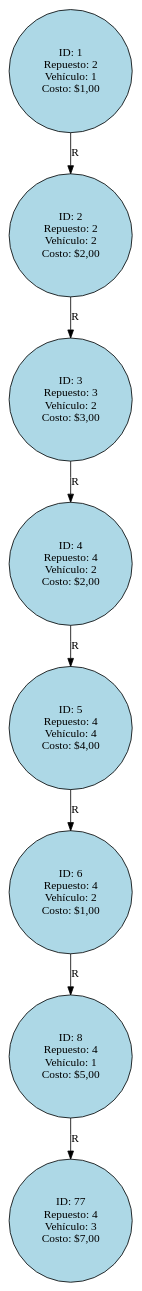
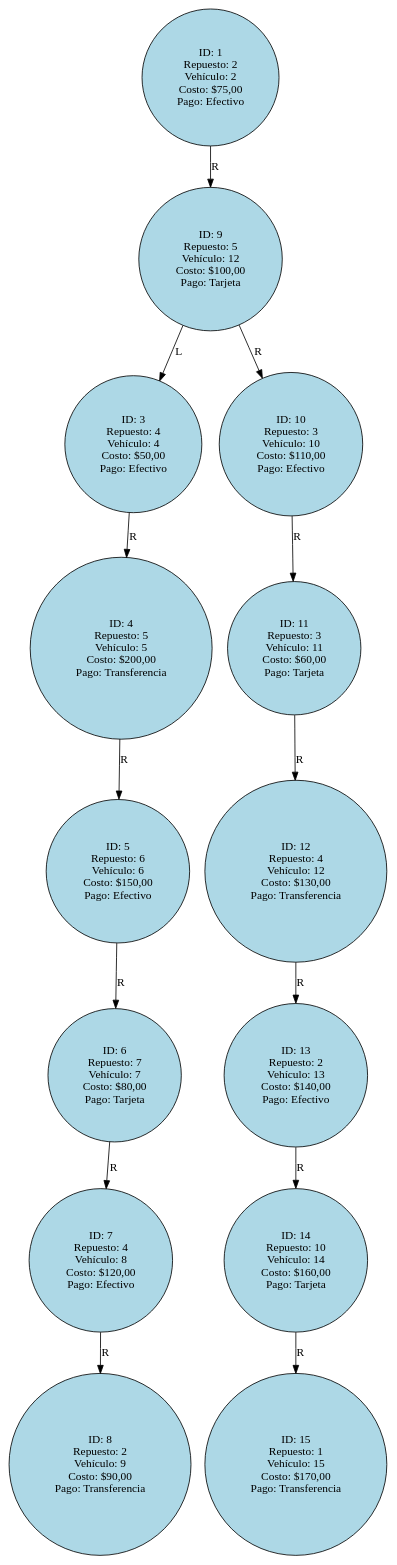
The diagram in FASE#3/AutoGest/reports/Servicios.dot (EstebanTrampe01/-EDD-1S2025_202300431), drawn with Graphviz before and after one commit. The commit also changed 71 other files, not shown here.

```diff
--- a/FASE#3/AutoGest/reports/Servicios.dot
+++ b/FASE#3/AutoGest/reports/Servicios.dot
@@ -1,19 +1,31 @@
 digraph G {
 node [shape=circle, style=filled, fillcolor=lightblue];
 rankdir=TB;
-node1 [label="ID: 1\nRepuesto: 2\nVehículo: 1\nCosto: $1,00"];
-node2 [label="ID: 2\nRepuesto: 2\nVehículo: 2\nCosto: $2,00"];
-node3 [label="ID: 3\nRepuesto: 3\nVehículo: 2\nCosto: $3,00"];
-node4 [label="ID: 4\nRepuesto: 4\nVehículo: 2\nCosto: $2,00"];
-node5 [label="ID: 5\nRepuesto: 4\nVehículo: 4\nCosto: $4,00"];
-node6 [label="ID: 6\nRepuesto: 4\nVehículo: 2\nCosto: $1,00"];
-node8 [label="ID: 8\nRepuesto: 4\nVehículo: 1\nCosto: $5,00"];
-node77 [label="ID: 77\nRepuesto: 4\nVehículo: 3\nCosto: $7,00"];
-node1 -> node2 [label="R"];
-node2 -> node3 [label="R"];
+node1 [label="ID: 1\nRepuesto: 2\nVehículo: 2\nCosto: $75,00\nPago: Efectivo"];
+node9 [label="ID: 9\nRepuesto: 5\nVehículo: 12\nCosto: $100,00\nPago: Tarjeta"];
+node3 [label="ID: 3\nRepuesto: 4\nVehículo: 4\nCosto: $50,00\nPago: Efectivo"];
+node4 [label="ID: 4\nRepuesto: 5\nVehículo: 5\nCosto: $200,00\nPago: Transferencia"];
+node5 [label="ID: 5\nRepuesto: 6\nVehículo: 6\nCosto: $150,00\nPago: Efectivo"];
+node6 [label="ID: 6\nRepuesto: 7\nVehículo: 7\nCosto: $80,00\nPago: Tarjeta"];
+node7 [label="ID: 7\nRepuesto: 4\nVehículo: 8\nCosto: $120,00\nPago: Efectivo"];
+node8 [label="ID: 8\nRepuesto: 2\nVehículo: 9\nCosto: $90,00\nPago: Transferencia"];
+node10 [label="ID: 10\nRepuesto: 3\nVehículo: 10\nCosto: $110,00\nPago: Efectivo"];
+node11 [label="ID: 11\nRepuesto: 3\nVehículo: 11\nCosto: $60,00\nPago: Tarjeta"];
+node12 [label="ID: 12\nRepuesto: 4\nVehículo: 12\nCosto: $130,00\nPago: Transferencia"];
+node13 [label="ID: 13\nRepuesto: 2\nVehículo: 13\nCosto: $140,00\nPago: Efectivo"];
+node14 [label="ID: 14\nRepuesto: 10\nVehículo: 14\nCosto: $160,00\nPago: Tarjeta"];
+node15 [label="ID: 15\nRepuesto: 1\nVehículo: 15\nCosto: $170,00\nPago: Transferencia"];
+node1 -> node9 [label="R"];
+node9 -> node3 [label="L"];
+node9 -> node10 [label="R"];
 node3 -> node4 [label="R"];
 node4 -> node5 [label="R"];
 node5 -> node6 [label="R"];
-node6 -> node8 [label="R"];
-node8 -> node77 [label="R"];
+node6 -> node7 [label="R"];
+node7 -> node8 [label="R"];
+node10 -> node11 [label="R"];
+node11 -> node12 [label="R"];
+node12 -> node13 [label="R"];
+node13 -> node14 [label="R"];
+node14 -> node15 [label="R"];
 }
```
